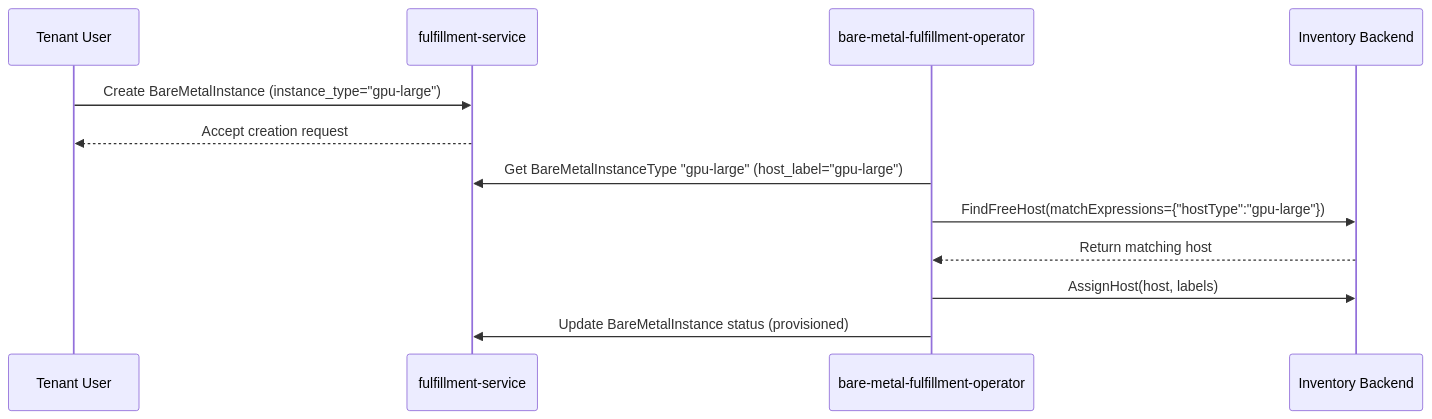
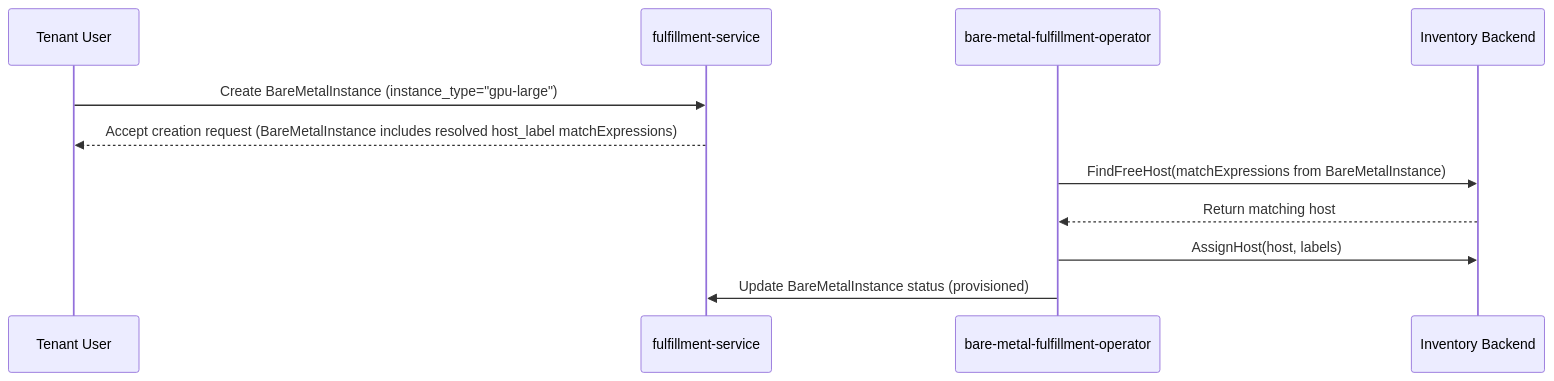
Before and after one commit to osac-project/enhancement-proposals: the second of 2 diagrams in enhancements/baremetal-instance-types/README.md, drawn with Mermaid. The commit also changed other lines of this file, not shown here.

Commit message:
Design OSAC-1201: revise — require instance type selection, use k8s matchExpression, simplify operator data flow

````diff
--- a/enhancements/baremetal-instance-types/README.md
+++ b/enhancements/baremetal-instance-types/README.md
@@ -85,15 +85,14 @@
 ```mermaid
 sequenceDiagram
     participant Tenant as Tenant User
     participant FS as fulfillment-service
     participant Operator as bare-metal-fulfillment-operator
     participant Inventory as Inventory Backend
 
     Tenant->>FS: Create BareMetalInstance (instance_type="gpu-large")
-    FS-->>Tenant: Accept creation request
-    Operator->>FS: Get BareMetalInstanceType "gpu-large" (host_label="gpu-large")
-    Operator->>Inventory: FindFreeHost(matchExpressions={"hostType":"gpu-large"})
+    FS-->>Tenant: Accept creation request (BareMetalInstance includes resolved host_label matchExpressions)
+    Operator->>Inventory: FindFreeHost(matchExpressions from BareMetalInstance)
     Inventory-->>Operator: Return matching host
     Operator->>Inventory: AssignHost(host, labels)
     Operator->>FS: Update BareMetalInstance status (provisioned)
 ```
````
